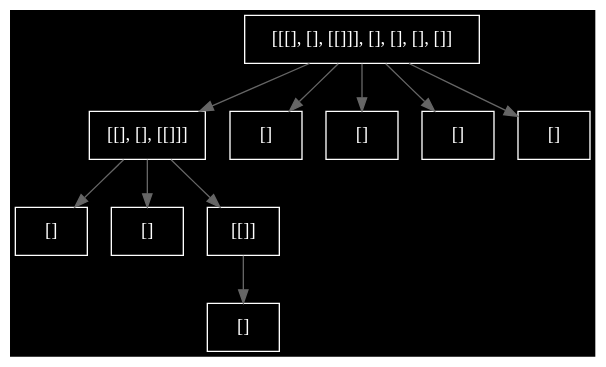
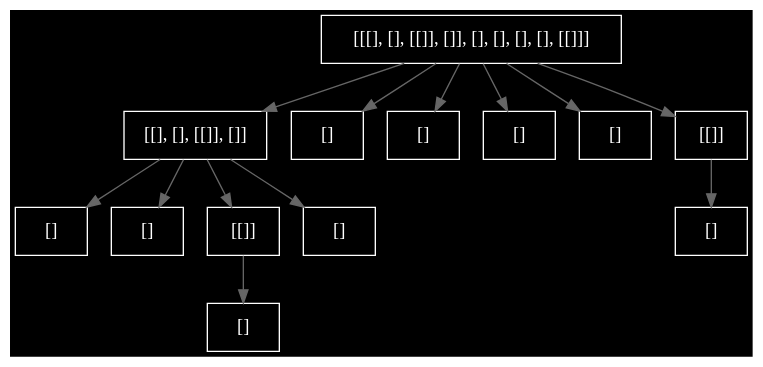
One commit to geometor/polynumbers changed the diagram in multinumber.gv. Above: the diagram before and after it, drawn with Graphviz. The commit also changed 3 other files, not shown here.

Commit message:
add graphviz

```diff
--- a/multinumber.gv
+++ b/multinumber.gv
@@ -1,27 +1,33 @@
 digraph multinumber {
 	graph [bgcolor=black]
 	node [fontcolor=white]
 	node [color=white]
-	node [shape=rest]
+	node [shape=rect]
 	edge [color="#666666"]
 	edge [arrowsize=1]
-	0 [label="[[[], [], [[]]], [], [], [], []]"]
-	0.0 [label="[[], [], [[]]]"]
+	0 [label="[[[], [], [[]], []], [], [], [], [], [[]]]"]
+	0.0 [label="[[], [], [[]], []]"]
 	0 -> 0.0
 	"0.0.0" [label="[]"]
 	0.0 -> "0.0.0"
 	"0.0.1" [label="[]"]
 	0.0 -> "0.0.1"
 	"0.0.2" [label="[[]]"]
 	0.0 -> "0.0.2"
 	"0.0.2.0" [label="[]"]
 	"0.0.2" -> "0.0.2.0"
+	"0.0.3" [label="[]"]
+	0.0 -> "0.0.3"
 	0.1 [label="[]"]
 	0 -> 0.1
 	0.2 [label="[]"]
 	0 -> 0.2
 	0.3 [label="[]"]
 	0 -> 0.3
 	0.4 [label="[]"]
 	0 -> 0.4
+	0.5 [label="[[]]"]
+	0 -> 0.5
+	"0.5.0" [label="[]"]
+	0.5 -> "0.5.0"
 }
```
